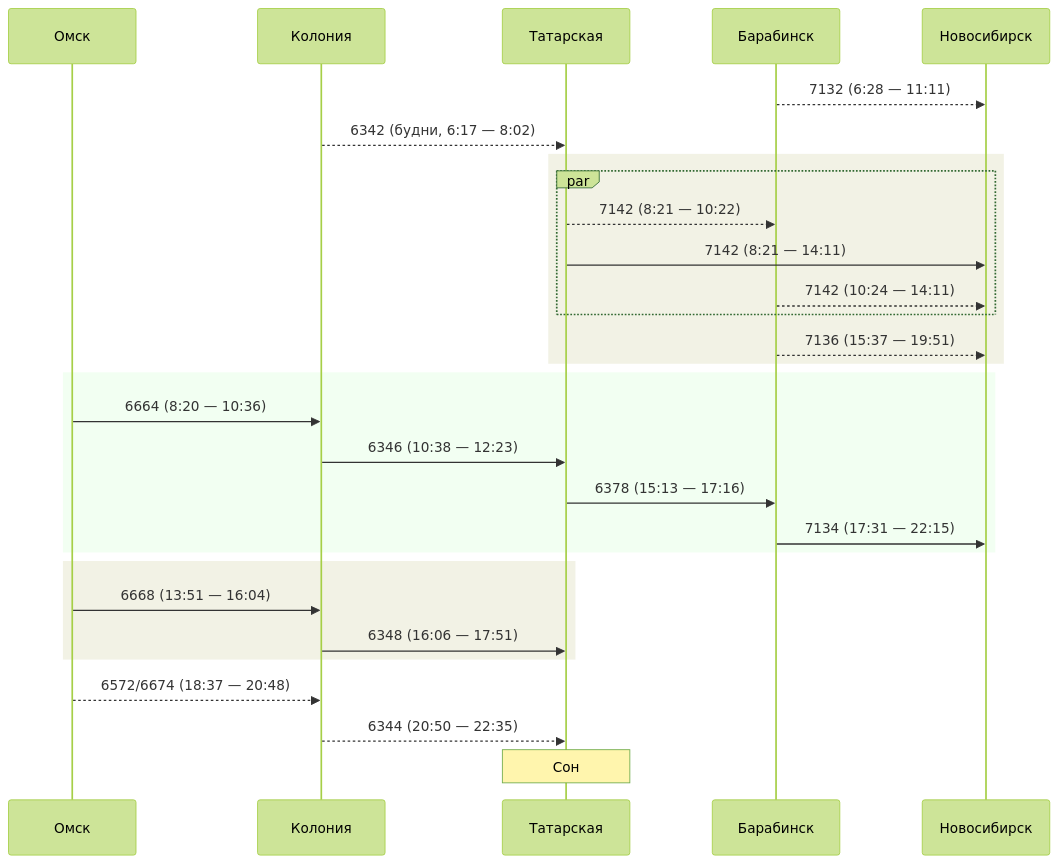
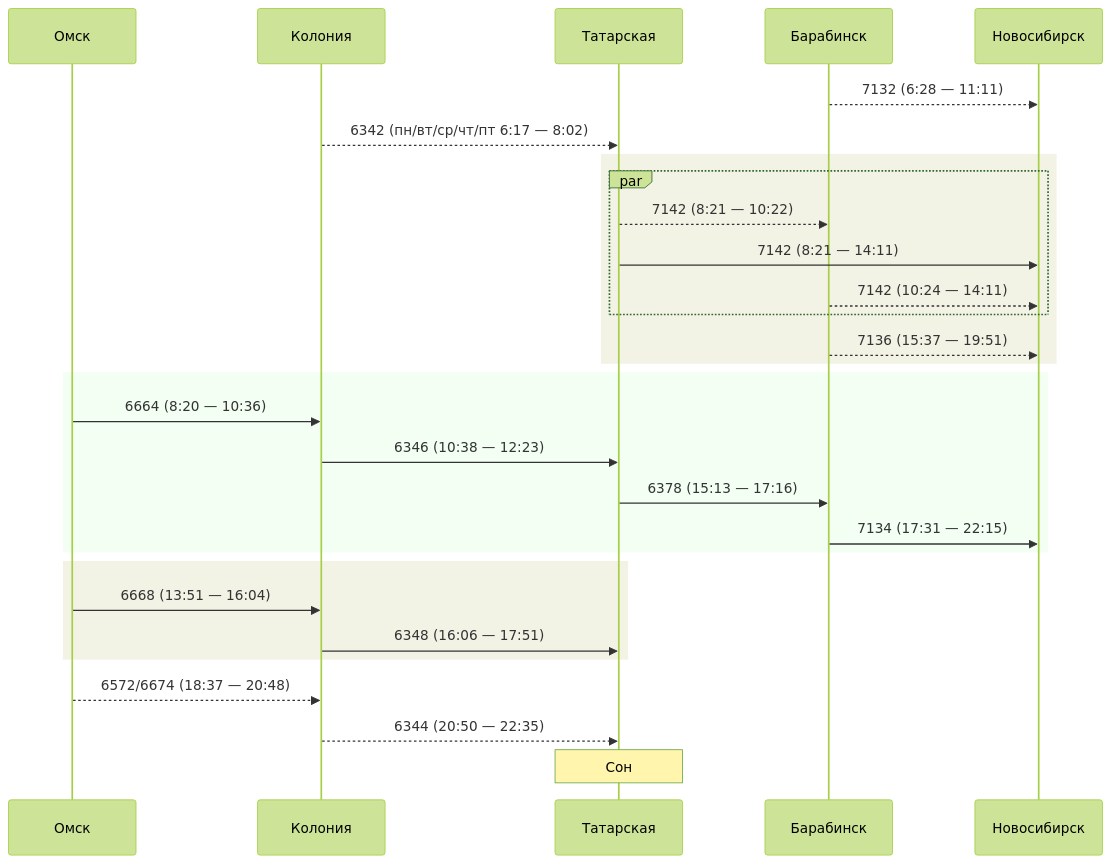
The second of 14 diagrams in README.md (u0feff/Pezda), drawn with Mermaid (forest theme) before and after one commit. The commit also changed other lines of this file, not shown here.

````diff
--- a/README.md
+++ b/README.md
@@ -54,37 +54,37 @@
 ```mermaid
 sequenceDiagram
     participant Омск
     participant Колония
     participant Татарская
     participant Барабинск
     participant Новосибирск
 
     Барабинск-->>Новосибирск: 7132 (6:28 — 11:11)
 
-    Колония-->>Татарская: 6342 (будни, 6:17 — 8:02)
+    Колония-->>Татарская: 6342 (пн/вт/ср/чт/пт 6:17 — 8:02)
     rect rgba(127, 127, 0, 0.1)
     par
     Татарская-->>Барабинск: 7142 (8:21 — 10:22)
     Татарская->>Новосибирск: 7142 (8:21 — 14:11)
     Барабинск-->>Новосибирск: 7142 (10:24 — 14:11)
     end
     Барабинск-->>Новосибирск: 7136 (15:37 — 19:51)
     end
 
     rect rgba(0, 255, 0, 0.05)
     Омск->>Колония: 6664 (8:20 — 10:36)
     Колония->>Татарская: 6346 (10:38 — 12:23)
     Татарская->>Барабинск: 6378 (15:13 — 17:16)
     Барабинск->>Новосибирск: 7134 (17:31 — 22:15)
     end
 
     rect rgba(127, 127, 0, 0.1)
     Омск->>Колония: 6668 (13:51 — 16:04)
     Колония->>Татарская: 6348 (16:06 — 17:51)
     end
 
     Омск-->>Колония: 6572/6674 (18:37 — 20:48)
     Колония-->>Татарская: 6344 (20:50 — 22:35)
 
     Note over Татарская: Сон
 ```
````
